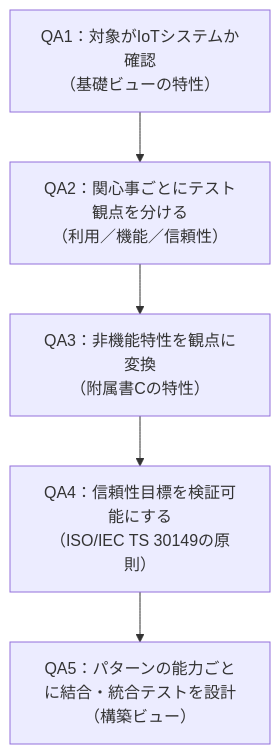
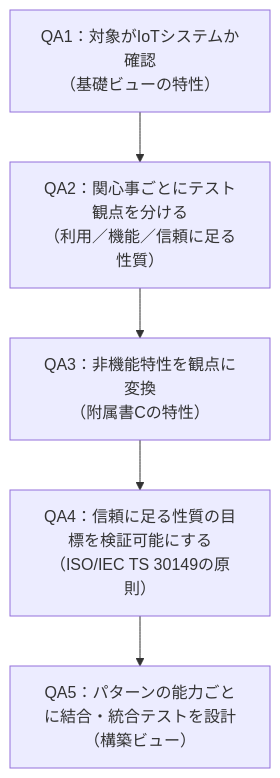
Before and after one commit to myoshi2891/Quality-Assurance-Studies: diagram 11 of 11 in Iso-iec-30141-2024-guide.md, drawn with Mermaid. The commit also changed other lines of this file, not shown here.

Commit message:
docs(iso-30141): translate Trustworthiness as 信頼に足る性質 and keep 信頼性 for Reliability

````diff
--- a/Iso-iec-30141-2024-guide.md
+++ b/Iso-iec-30141-2024-guide.md
@@ -469,9 +470,9 @@
 ```mermaid
 flowchart TB
   Q1["QA1：対象がIoTシステムか確認<br/>（基礎ビューの特性）"]
-  Q2["QA2：関心事ごとにテスト観点を分ける<br/>（利用／機能／信頼性）"]
+  Q2["QA2：関心事ごとにテスト観点を分ける<br/>（利用／機能／信頼に足る性質）"]
   Q3["QA3：非機能特性を観点に変換<br/>（附属書Cの特性）"]
-  Q4["QA4：信頼性目標を検証可能にする<br/>（ISO/IEC TS 30149の原則）"]
+  Q4["QA4：信頼に足る性質の目標を検証可能にする<br/>（ISO/IEC TS 30149の原則）"]
   Q5["QA5：パターンの能力ごとに結合・統合テストを設計<br/>（構築ビュー）"]
   Q1 --> Q2 --> Q3 --> Q4 --> Q5
 ```
````
